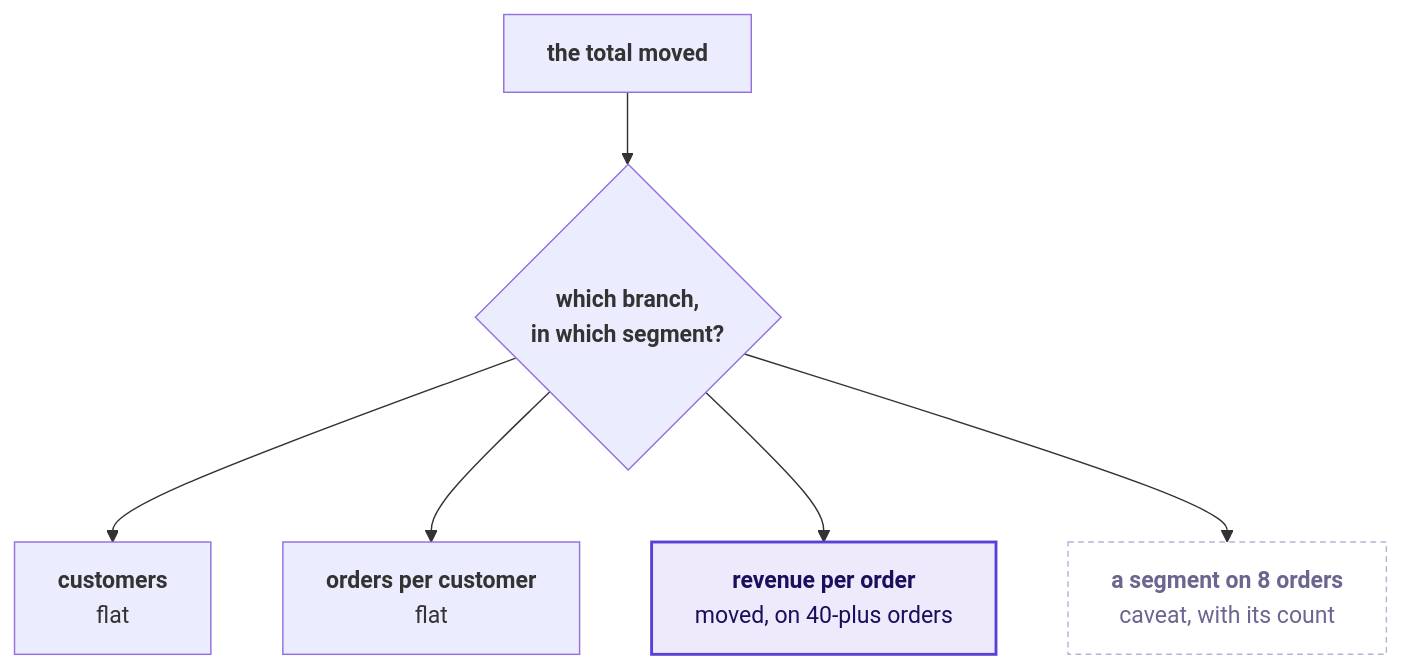
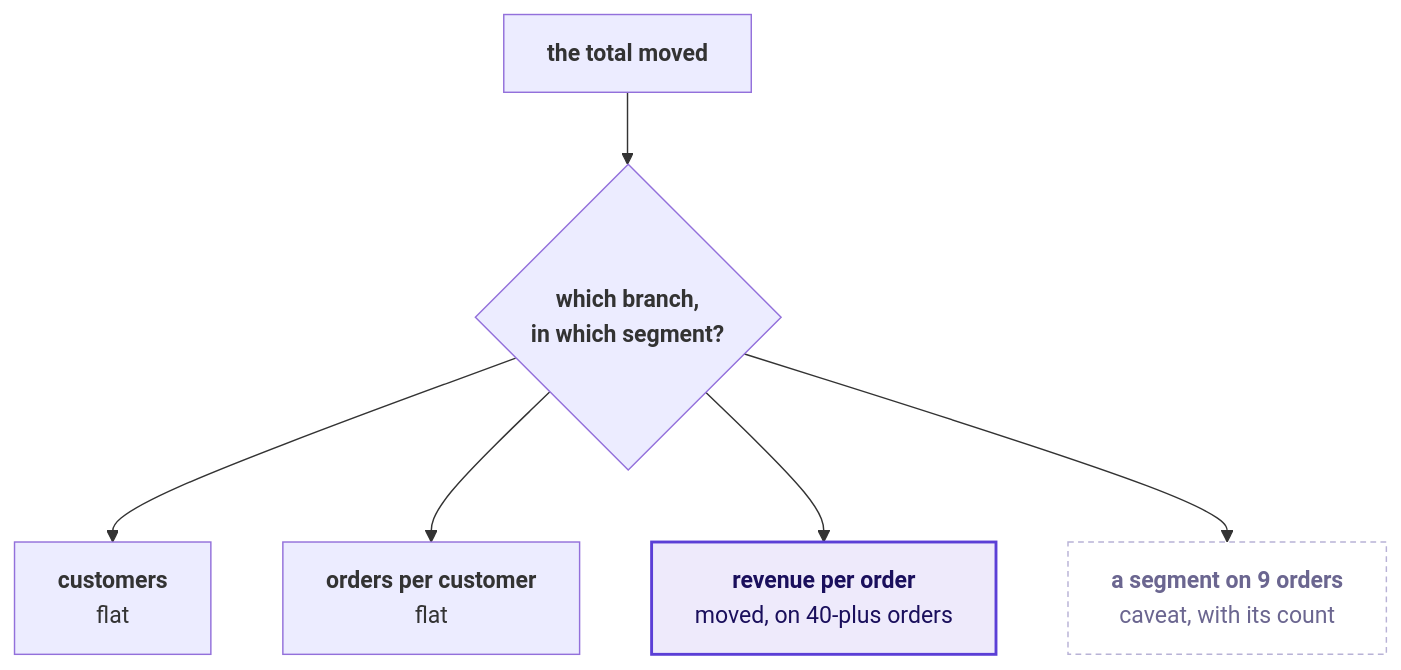
One commit to fde-academy-lab/c2-content-factory changed the fifth of 5 diagrams in content/W01/D5/slides/C2_W01_D05_debrief_STUDENT.md. Above: the diagram before and after it, drawn with Mermaid. The commit also changed other lines of this file and 9 other files, not shown here.

````diff
--- a/content/W01/D5/slides/C2_W01_D05_debrief_STUDENT.md
+++ b/content/W01/D5/slides/C2_W01_D05_debrief_STUDENT.md
@@ -288,12 +288,12 @@
 ```mermaid
 flowchart TB
     T["<b>the total moved</b>"] --> Q{"<b>which branch,<br/>in which segment?</b>"}
     Q --> C["<b>customers</b><br/>flat"]
     Q --> F["<b>orders per customer</b><br/>flat"]
     Q --> B["<b>revenue per order</b><br/>moved, on 40-plus orders"]
-    Q --> S["<b>a segment on 8 orders</b><br/>caveat, with its count"]
+    Q --> S["<b>a segment on 9 orders</b><br/>caveat, with its count"]
     classDef known fill:#EEEAFB,stroke:#5B3FD6,color:#1A0F5C,stroke-width:2px
     classDef unknown fill:#FFFFFF,stroke:#B8B2D6,color:#6B6690,stroke-dasharray:4 3
     class B known
     class S unknown
 ```
````
